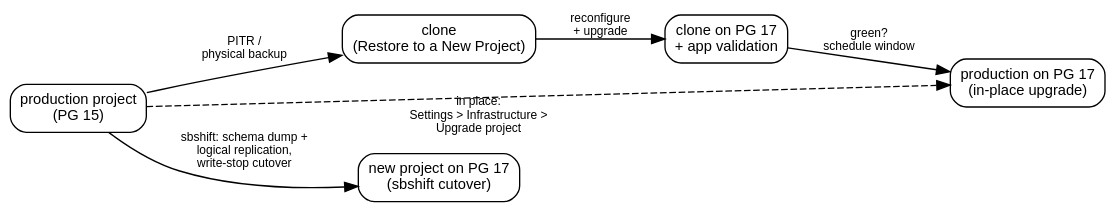
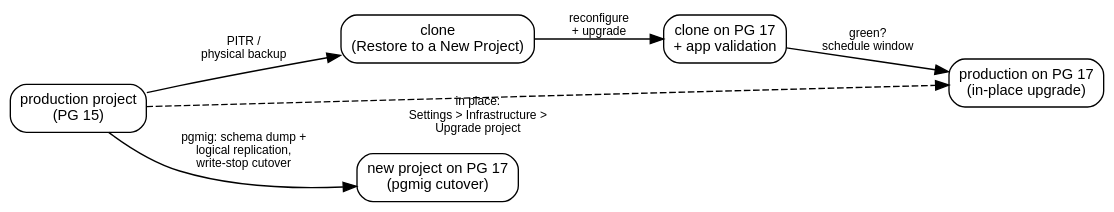
The diagram in src/content/docs/guides/supabase-postgres-major-upgrade-e2e.mdx (erfianugrah/lexicanum), drawn with Graphviz before and after one commit. The commit also changed other lines of this file and 22 other files, not shown here.

First line of the commit message:
docs: mark retired-stack guides historical, rename sbshift to pgmig, refresh stale facts

````diff
--- a/src/content/docs/guides/supabase-postgres-major-upgrade-e2e.mdx
+++ b/src/content/docs/guides/supabase-postgres-major-upgrade-e2e.mdx
@@ -46,19 +47,19 @@
 ```dot
 digraph upgrade {
   rankdir=LR; bgcolor="transparent"; forcelabels=true; nodesep=0.3; ranksep=0.7;
   fontname="Helvetica,Arial,sans-serif";
   node [fontname="Helvetica,Arial,sans-serif", fontsize=11, shape=box, style=rounded];
   edge [fontname="Helvetica,Arial,sans-serif", fontsize=9];
 
   prod [label="production project\n(PG 15)"];
   clone [label="clone\n(Restore to a New Project)"];
   clone17 [label="clone on PG 17\n+ app validation"];
   prod17 [label="production on PG 17\n(in-place upgrade)"];
-  sbnew [label="new project on PG 17\n(sbshift cutover)"];
+  sbnew [label="new project on PG 17\n(pgmig cutover)"];
   prod -> clone [label="PITR /\nphysical backup"];
   clone -> clone17 [label="reconfigure\n+ upgrade"];
   clone17 -> prod17 [label="green?\nschedule window"];
   prod -> prod17 [style=dashed, xlabel="in place:\nSettings > Infrastructure >\nUpgrade project"];
-  prod -> sbnew [label="sbshift: schema dump +\nlogical replication,\nwrite-stop cutover"];
+  prod -> sbnew [label="pgmig: schema dump +\nlogical replication,\nwrite-stop cutover"];
 }
 ```
````
